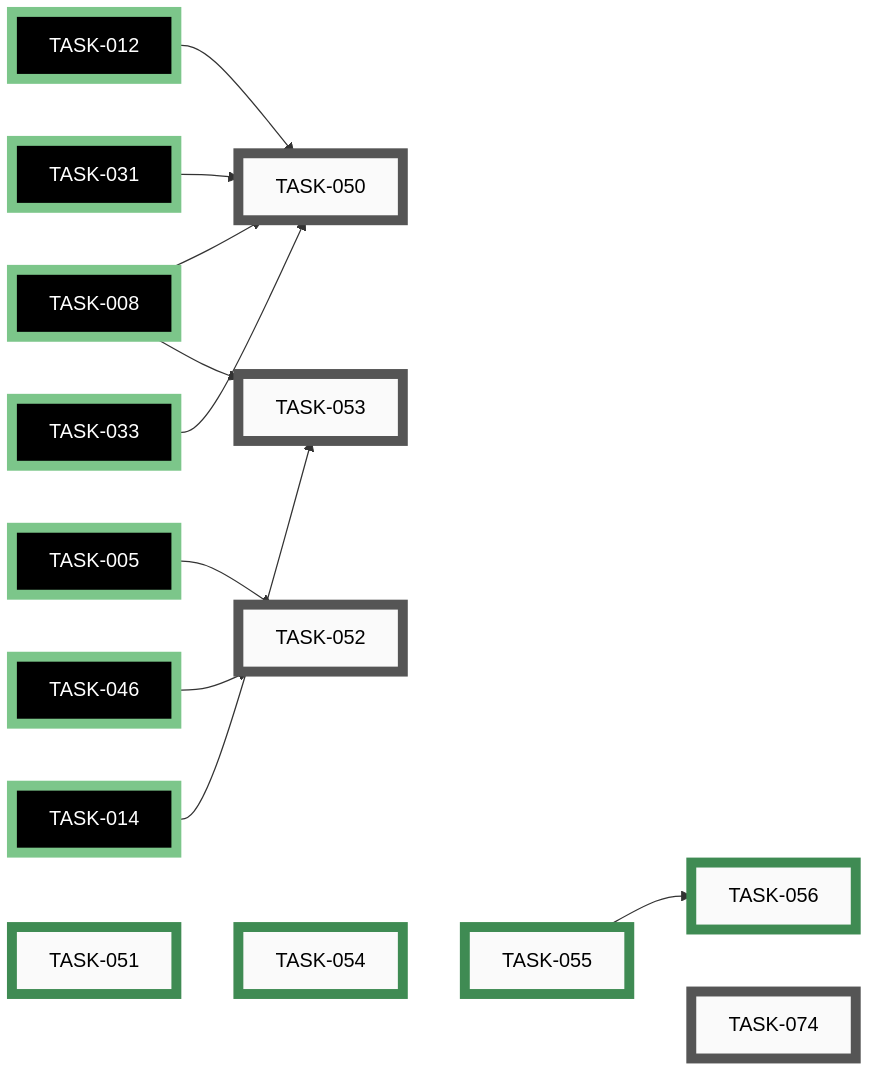
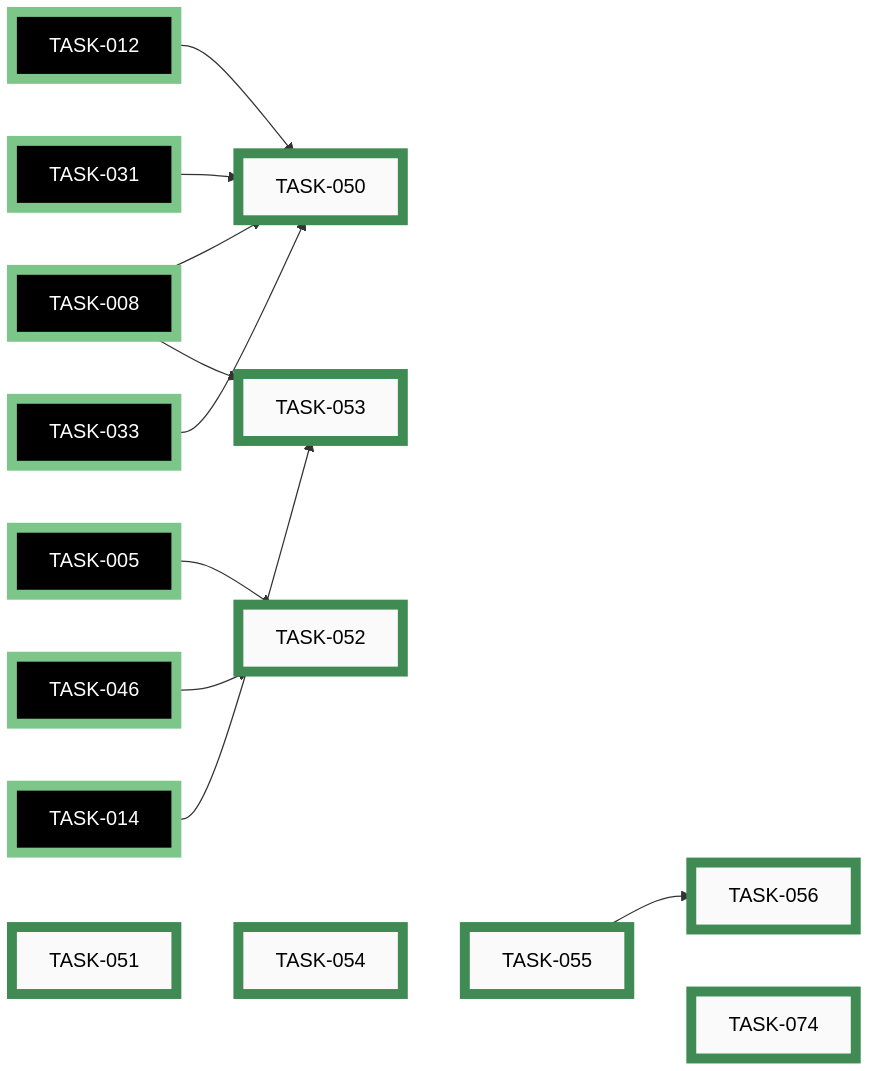
One commit to tgd1975/CircuitSmith changed the eighth of 11 diagrams in docs/developers/tasks/EPICS.md. Above: the diagram before and after it, drawn with Mermaid. The commit also changed other lines of this file and 32 other files, not shown here.

First line of the commit message:
close EPIC-008: Architecture Fitness Functions and Governance

````diff
--- a/docs/developers/tasks/EPICS.md
+++ b/docs/developers/tasks/EPICS.md
@@ -464,51 +464,51 @@
 ```mermaid
 graph LR
-    TASK_050["TASK-050"]:::open
-    TASK_052["TASK-052"]:::open
-    TASK_053["TASK-053"]:::open
-    TASK_074["TASK-074"]:::open
+    TASK_050["TASK-050"]:::closed
     TASK_051["TASK-051"]:::closed
+    TASK_052["TASK-052"]:::closed
+    TASK_053["TASK-053"]:::closed
     TASK_054["TASK-054"]:::closed
     TASK_055["TASK-055"]:::closed
     TASK_056["TASK-056"]:::closed
+    TASK_074["TASK-074"]:::closed
     TASK_005["TASK-005"]:::closedExt
     TASK_008["TASK-008"]:::closedExt
     TASK_012["TASK-012"]:::closedExt
     TASK_014["TASK-014"]:::closedExt
     TASK_031["TASK-031"]:::closedExt
     TASK_033["TASK-033"]:::closedExt
     TASK_046["TASK-046"]:::closedExt
     TASK_008 --> TASK_050
     TASK_012 --> TASK_050
     TASK_031 --> TASK_050
     TASK_033 --> TASK_050
     TASK_005 --> TASK_052
     TASK_046 --> TASK_052
     TASK_008 --> TASK_053
     TASK_014 --> TASK_053
     TASK_055 --> TASK_056
     TASK_051 ~~~ TASK_054 ~~~ TASK_055 ~~~ TASK_074
-    click TASK_050 "open/task-050-boundary-import-contract-test.md"
-    click TASK_052 "open/task-052-schema-validation-pre-commit.md"
-    click TASK_053 "open/task-053-netgraph-golden-hash-contract-test.md"
-    click TASK_074 "open/task-074-personal-data-leak-check-in-security-review-hook.md"
+    click TASK_050 "closed/task-050-boundary-import-contract-test.md"
     click TASK_051 "closed/task-051-portability-lint.md"
+    click TASK_052 "closed/task-052-schema-validation-pre-commit.md"
+    click TASK_053 "closed/task-053-netgraph-golden-hash-contract-test.md"
     click TASK_054 "closed/task-054-seed-adr-folder.md"
     click TASK_055 "closed/task-055-code-owner-skills-hook.md"
     click TASK_056 "closed/task-056-author-initial-code-owner-skills.md"
+    click TASK_074 "closed/task-074-personal-data-leak-check-in-security-review-hook.md"
     click TASK_005 "closed/task-005-write-circuit-json-schema.md"
     click TASK_008 "closed/task-008-implement-netgraph-data-model.md"
     click TASK_012 "closed/task-012-implement-renderer.md"
     click TASK_014 "closed/task-014-author-circuit-yml-and-layout-yml-pairs.md"
     click TASK_031 "closed/task-031-implement-bom-exporter.md"
     click TASK_033 "closed/task-033-implement-netlist-exporter.md"
     click TASK_046 "closed/task-046-add-pyproject-and-dev-requirements.md"
     classDef open    fill:#FAFAFA,stroke:#555,stroke-width:8px,color:#000
     classDef active  fill:#FAFAFA,stroke:#1A6FA8,stroke-width:8px,color:#000
     classDef closed  fill:#FAFAFA,stroke:#3F8B53,stroke-width:8px,color:#000
     classDef paused  fill:#FAFAFA,stroke:#B07810,stroke-width:8px,color:#000
     classDef openExt    fill:#000,stroke:#888,stroke-width:8px,color:#FFF
     classDef activeExt  fill:#000,stroke:#3FA9F5,stroke-width:8px,color:#FFF
     classDef closedExt  fill:#000,stroke:#7CC68A,stroke-width:8px,color:#FFF
     classDef pausedExt  fill:#000,stroke:#F0B030,stroke-width:8px,color:#FFF
 ```
````
